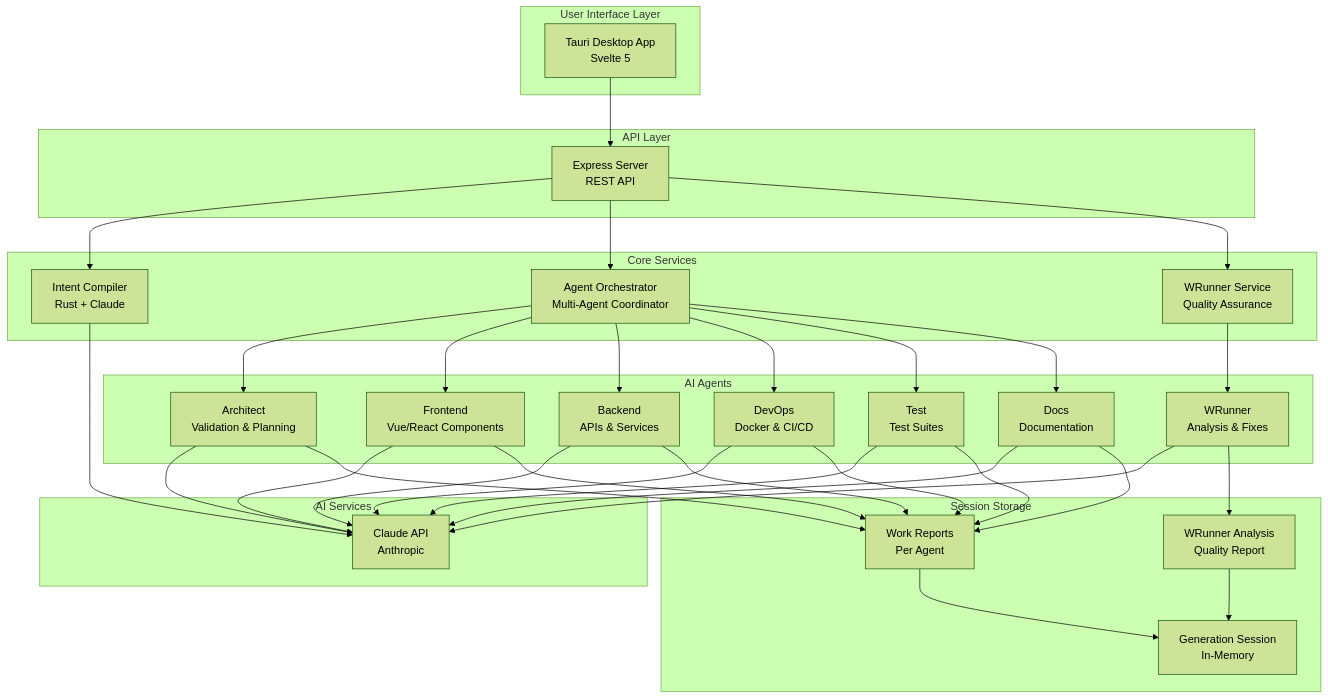
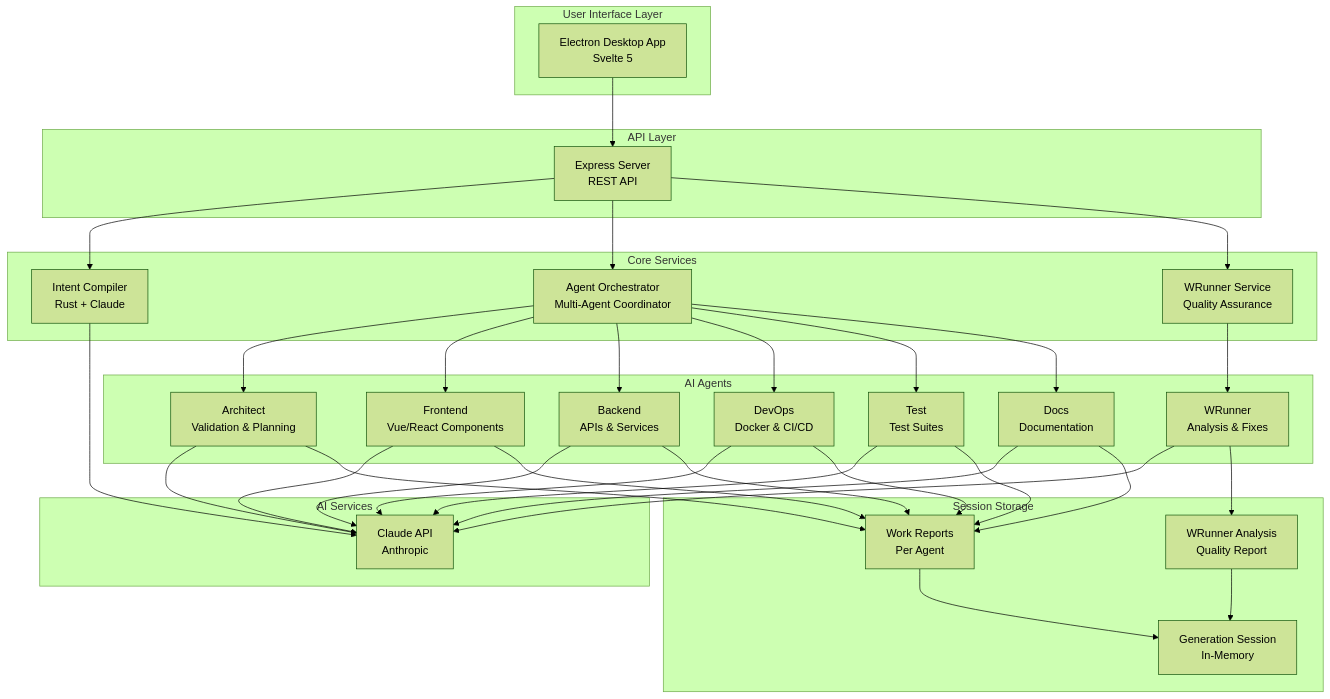
One commit to Aphrodine-wq/GRUMPCO changed the first of 12 diagrams in docs/COMPLETE_SYSTEM_GUIDE.md. Above: the diagram before and after it, drawn with Mermaid (forest theme). The commit also changed 162 other files, not shown here.

````diff
--- a/docs/COMPLETE_SYSTEM_GUIDE.md
+++ b/docs/COMPLETE_SYSTEM_GUIDE.md
@@ -30,70 +30,70 @@
 ```mermaid
 graph TB
     subgraph UI["User Interface Layer"]
-        Desktop[Tauri Desktop App<br/>Svelte 5]
+        Desktop[Electron Desktop App<br/>Svelte 5]
     end
 
     subgraph API["API Layer"]
         Express[Express Server<br/>REST API]
     end
 
     subgraph Core["Core Services"]
         IC[Intent Compiler<br/>Rust + Claude]
         AO[Agent Orchestrator<br/>Multi-Agent Coordinator]
         WR[WRunner Service<br/>Quality Assurance]
     end
 
     subgraph Agents["AI Agents"]
         A1[Architect<br/>Validation & Planning]
         A2[Frontend<br/>Vue/React Components]
         A3[Backend<br/>APIs & Services]
         A4[DevOps<br/>Docker & CI/CD]
         A5[Test<br/>Test Suites]
         A6[Docs<br/>Documentation]
         WA[WRunner<br/>Analysis & Fixes]
     end
 
     subgraph AI["AI Services"]
         Claude[Claude API<br/>Anthropic]
     end
 
     subgraph Storage["Session Storage"]
         Session[Generation Session<br/>In-Memory]
         Reports[Work Reports<br/>Per Agent]
         Analysis[WRunner Analysis<br/>Quality Report]
     end
 
     Desktop --> Express
     Express --> IC
     Express --> AO
     Express --> WR
 
     IC --> Claude
     AO --> A1
     AO --> A2
     AO --> A3
     AO --> A4
     AO --> A5
     AO --> A6
 
     A1 --> Claude
     A2 --> Claude
     A3 --> Claude
     A4 --> Claude
     A5 --> Claude
     A6 --> Claude
 
     A1 --> Reports
     A2 --> Reports
     A3 --> Reports
     A4 --> Reports
     A5 --> Reports
     A6 --> Reports
 
     WR --> WA
     WA --> Claude
     WA --> Analysis
 
     Reports --> Session
     Analysis --> Session
 ```
````
